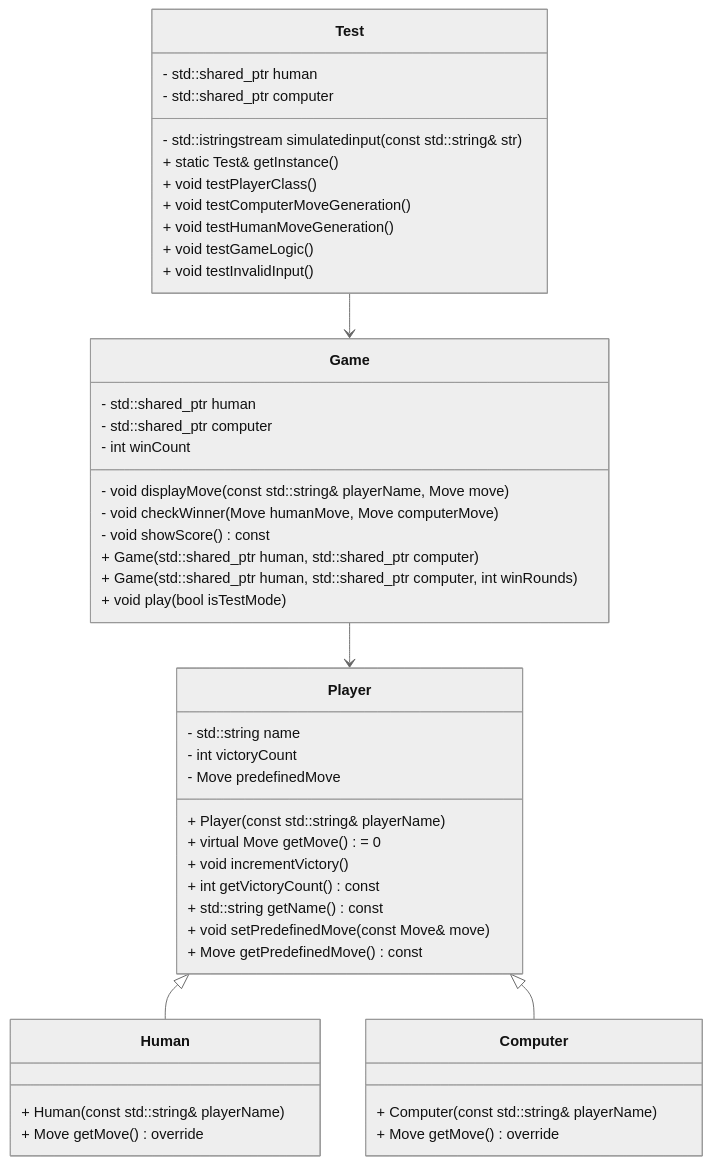
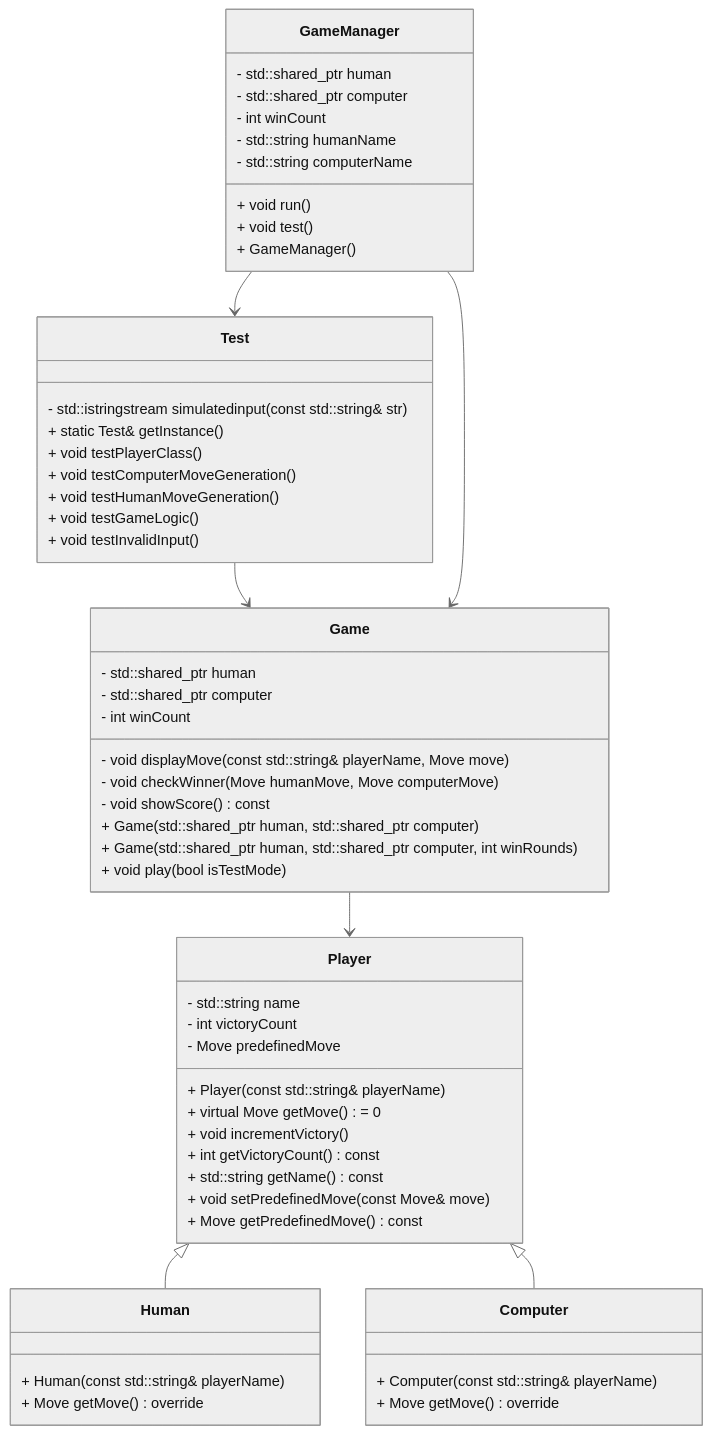
Before and after one commit to Gilles-Yugs/folio-pro: the diagram in RPS_GAME/docs/ClassDiagram.md, drawn with Mermaid (neutral theme). The commit also changed 4 other files, not shown here.

Commit message:
Latest changes: Name selection at game start, Updated class diagram and documentation

````diff
--- a/RPS_GAME/docs/ClassDiagram.md
+++ b/RPS_GAME/docs/ClassDiagram.md
@@ -3,54 +3,65 @@
 ```mermaid
 classDiagram
     class Player {
         - std::string name
         - int victoryCount
         - Move predefinedMove
         + Player(const std::string& playerName)
         + virtual Move getMove() = 0
         + void incrementVictory()
         + int getVictoryCount() const
         + std::string getName() const
         + void setPredefinedMove(const Move& move)
         + Move getPredefinedMove() const
     }
 
     class Human {
         + Human(const std::string& playerName)
         + Move getMove() override
     }
 
     class Computer {
         + Computer(const std::string& playerName)
         + Move getMove() override
     }
 
     class Game {
         - std::shared_ptr<Human> human
         - std::shared_ptr<Computer> computer
         - int winCount
         - void displayMove(const std::string& playerName, Move move)
         - void checkWinner(Move humanMove, Move computerMove)
         - void showScore() const
         + Game(std::shared_ptr<Human> human, std::shared_ptr<Computer> computer)
         + Game(std::shared_ptr<Human> human, std::shared_ptr<Computer> computer, int winRounds)
         + void play(bool isTestMode)
     }
 
     class Test {
-        - std::shared_ptr<Human> human
-        - std::shared_ptr<Computer> computer
         - std::istringstream simulatedinput(const std::string& str)
         + static Test& getInstance()
         + void testPlayerClass()
         + void testComputerMoveGeneration()
         + void testHumanMoveGeneration()
         + void testGameLogic()
         + void testInvalidInput()
     }
+	
+	class GameManager {
+		- std::shared_ptr<Human> human
+        - std::shared_ptr<Computer> computer
+		- int winCount
+		- std::string humanName
+		- std::string computerName
+		+ void run()
+		+ void test()
+		+ GameManager()
+	}
 
     Player <|-- Human
     Player <|-- Computer
     Game --> Player
     Test --> Game
+	GameManager --> Game
+	GameManager --> Test
 ```
````
